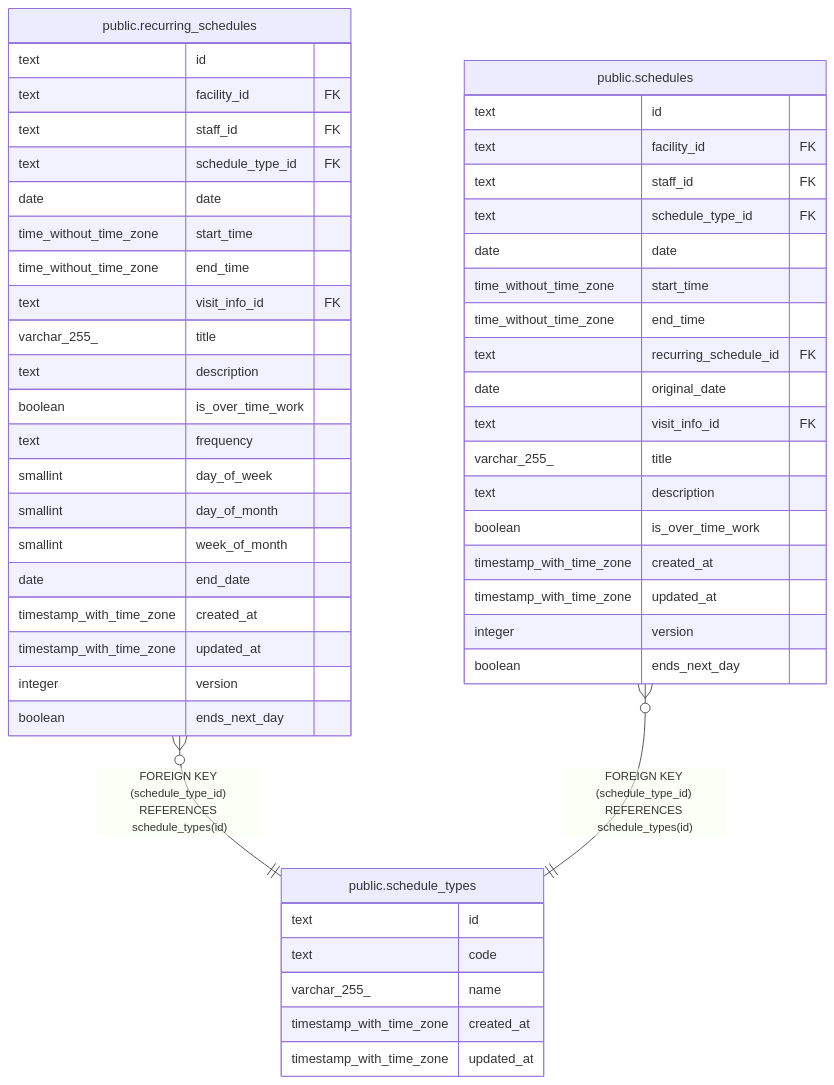
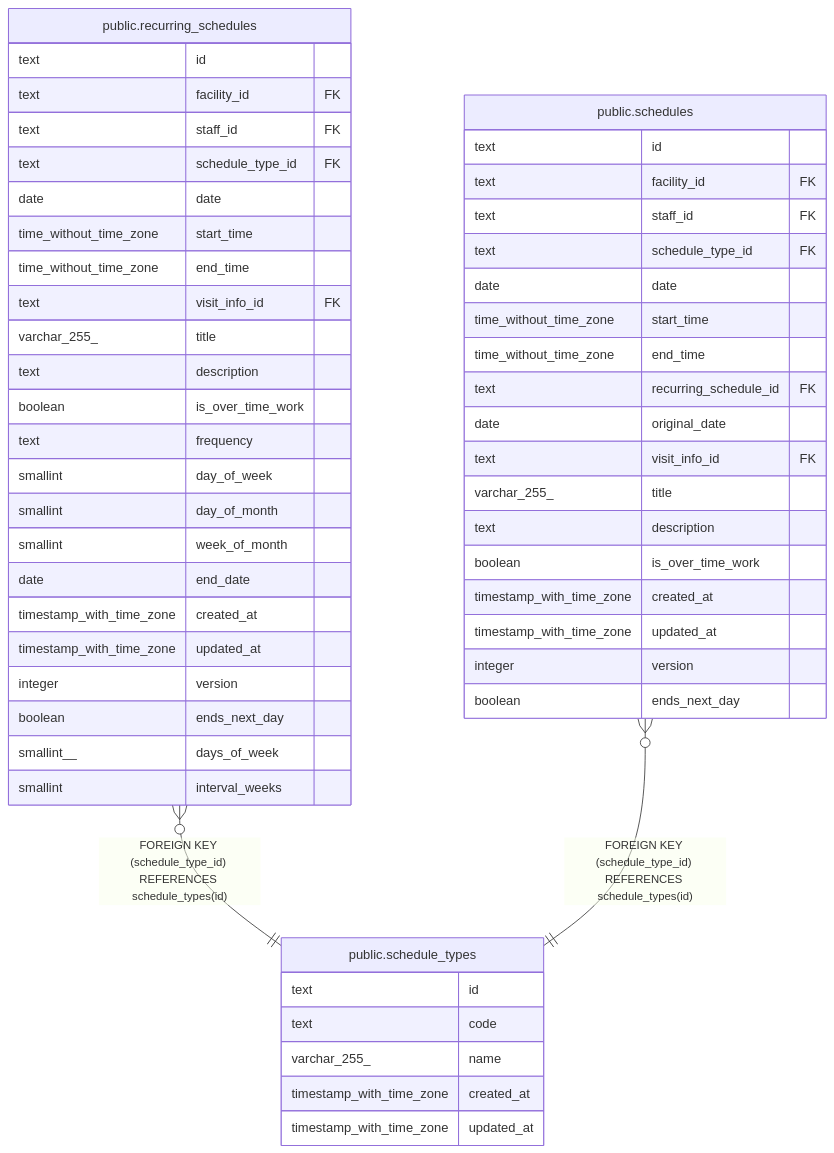
One commit to Fukuemon/buddy changed the diagram in docs/db/schedule/public.schedule_types.md. Above: the diagram before and after it, drawn with Mermaid. The commit also changed 18 other files, not shown here.

````diff
--- a/docs/db/schedule/public.schedule_types.md
+++ b/docs/db/schedule/public.schedule_types.md
@@ -55,55 +55,57 @@
 ```mermaid
 erDiagram
 
 "public.recurring_schedules" }o--|| "public.schedule_types" : "FOREIGN KEY (schedule_type_id) REFERENCES schedule_types(id)"
 "public.schedules" }o--|| "public.schedule_types" : "FOREIGN KEY (schedule_type_id) REFERENCES schedule_types(id)"
 
 "public.schedule_types" {
   text id
   text code
   varchar_255_ name
   timestamp_with_time_zone created_at
   timestamp_with_time_zone updated_at
 }
 "public.recurring_schedules" {
   text id
   text facility_id FK
   text staff_id FK
   text schedule_type_id FK
   date date
   time_without_time_zone start_time
   time_without_time_zone end_time
   text visit_info_id FK
   varchar_255_ title
   text description
   boolean is_over_time_work
   text frequency
   smallint day_of_week
   smallint day_of_month
   smallint week_of_month
   date end_date
   timestamp_with_time_zone created_at
   timestamp_with_time_zone updated_at
   integer version
   boolean ends_next_day
+  smallint__ days_of_week
+  smallint interval_weeks
 }
 "public.schedules" {
   text id
   text facility_id FK
   text staff_id FK
   text schedule_type_id FK
   date date
   time_without_time_zone start_time
   time_without_time_zone end_time
   text recurring_schedule_id FK
   date original_date
   text visit_info_id FK
   varchar_255_ title
   text description
   boolean is_over_time_work
   timestamp_with_time_zone created_at
   timestamp_with_time_zone updated_at
   integer version
   boolean ends_next_day
 }
 ```
````
